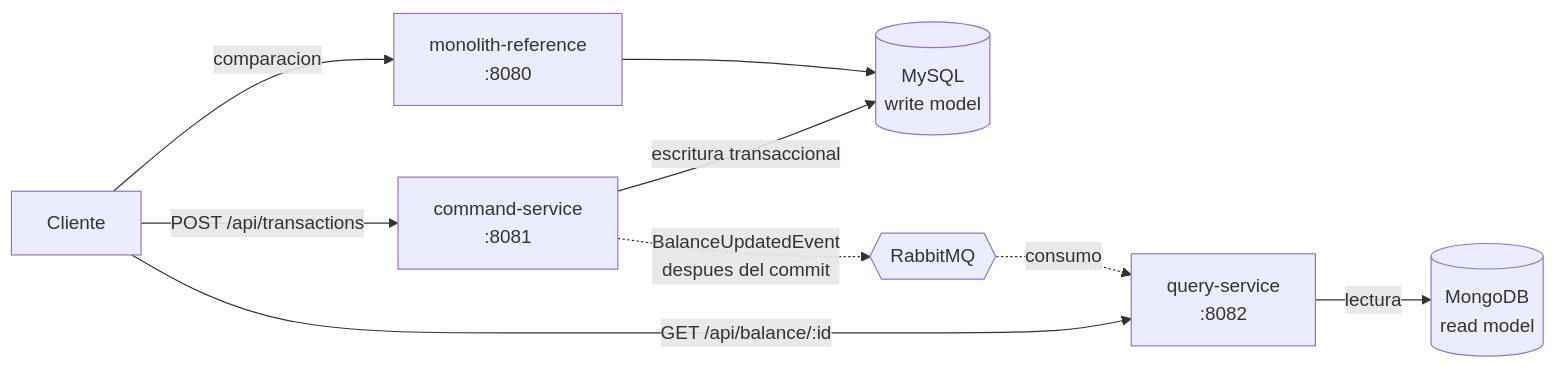
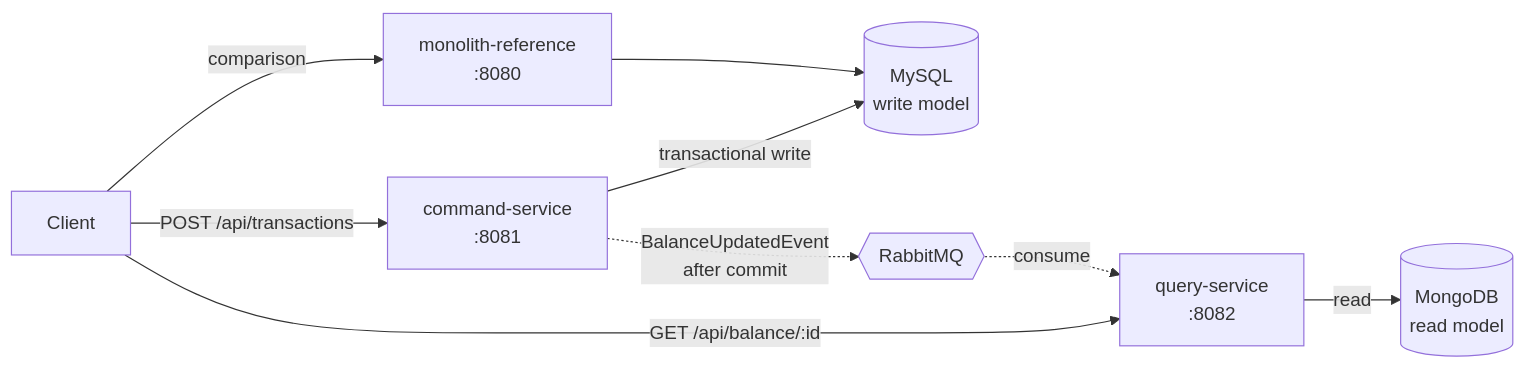
Before and after one commit to juanmavill/Cqrs-wallet: the diagram in README.md, drawn with Mermaid. The commit also changed other lines of this file and 11 other files, not shown here.

````diff
--- a/README.md
+++ b/README.md
@@ -25,13 +24,13 @@
 ```mermaid
 flowchart LR
-    C[Cliente] -->|POST /api/transactions| CS[command-service<br/>:8081]
+    C[Client] -->|POST /api/transactions| CS[command-service<br/>:8081]
     C -->|GET /api/balance/:id| QS[query-service<br/>:8082]
 
-    CS -->|escritura transaccional| MY[(MySQL<br/>write model)]
-    CS -.->|BalanceUpdatedEvent<br/>despues del commit| RMQ{{RabbitMQ}}
-    RMQ -.->|consumo| QS
-    QS -->|lectura| MO[(MongoDB<br/>read model)]
+    CS -->|transactional write| MY[(MySQL<br/>write model)]
+    CS -.->|BalanceUpdatedEvent<br/>after commit| RMQ{{RabbitMQ}}
+    RMQ -.->|consume| QS
+    QS -->|read| MO[(MongoDB<br/>read model)]
 
-    C -->|comparacion| MR[monolith-reference<br/>:8080]
+    C -->|comparison| MR[monolith-reference<br/>:8080]
     MR --> MY
 ```
````
